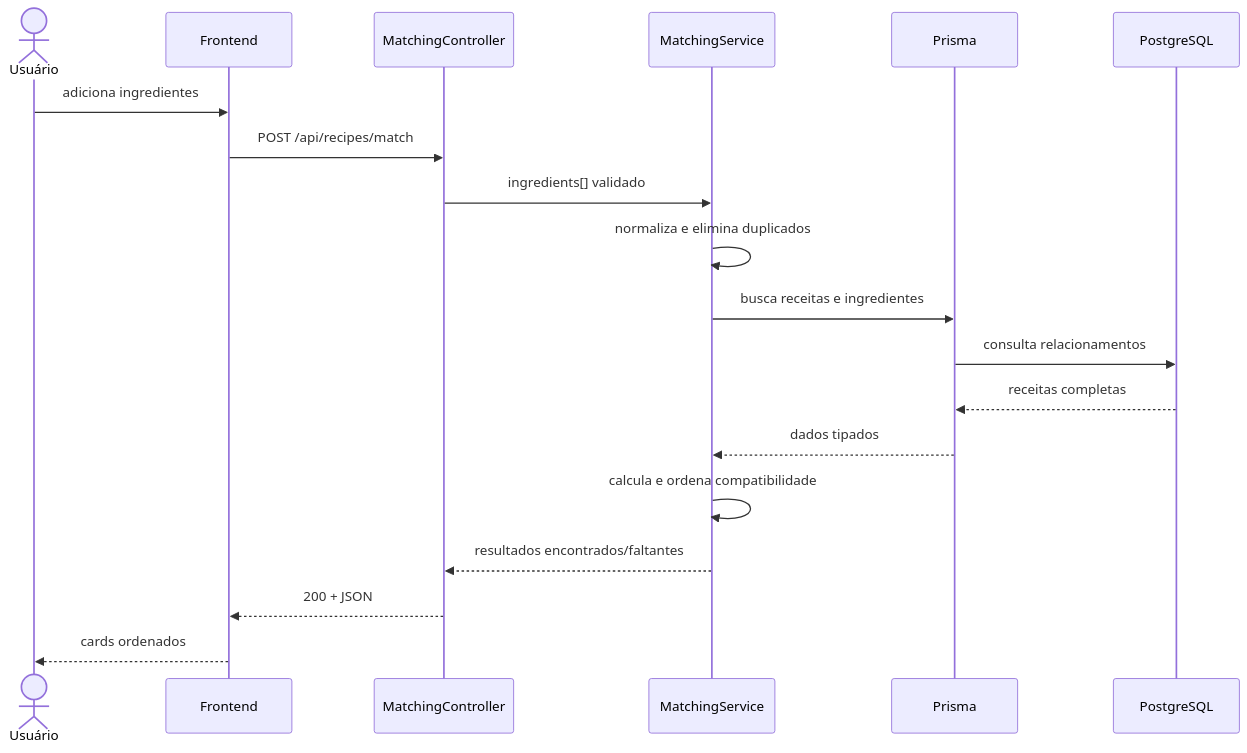
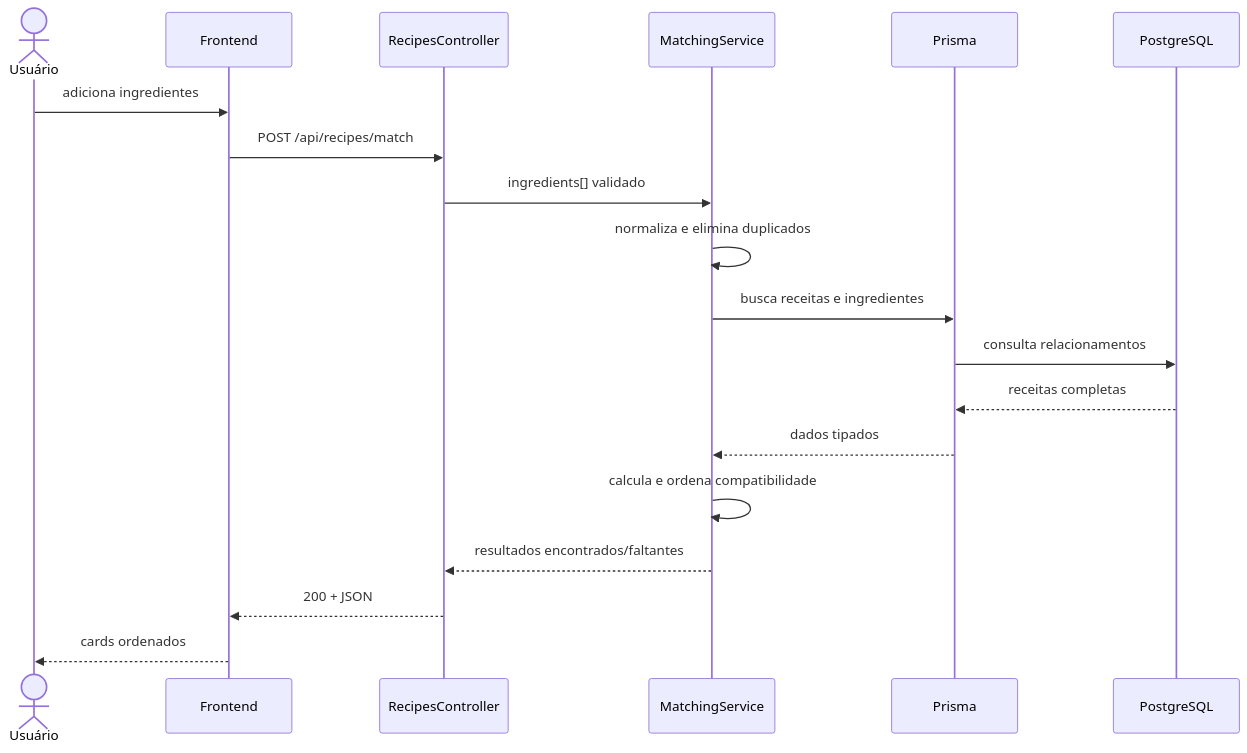
Before and after one commit to pitado/receitando: the second of 3 diagrams in docs/architecture.md, drawn with Mermaid. The commit also changed 6 other files, not shown here.

````diff
--- a/docs/architecture.md
+++ b/docs/architecture.md
@@ -64,22 +64,22 @@
 ```mermaid
 sequenceDiagram
     actor Usuario as Usuário
     participant Web as Frontend
-    participant API as MatchingController
+    participant API as RecipesController
     participant Service as MatchingService
     participant Prisma as Prisma
     participant DB as PostgreSQL
 
     Usuario->>Web: adiciona ingredientes
     Web->>API: POST /api/recipes/match
     API->>Service: ingredients[] validado
     Service->>Service: normaliza e elimina duplicados
     Service->>Prisma: busca receitas e ingredientes
     Prisma->>DB: consulta relacionamentos
     DB-->>Prisma: receitas completas
     Prisma-->>Service: dados tipados
     Service->>Service: calcula e ordena compatibilidade
     Service-->>API: resultados encontrados/faltantes
     API-->>Web: 200 + JSON
     Web-->>Usuario: cards ordenados
 ```
````
